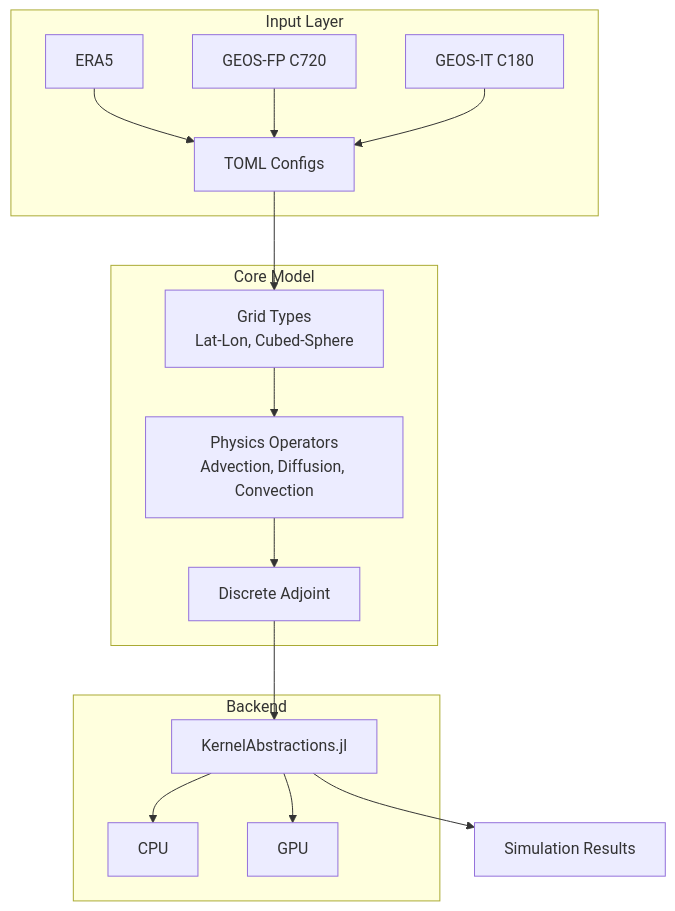
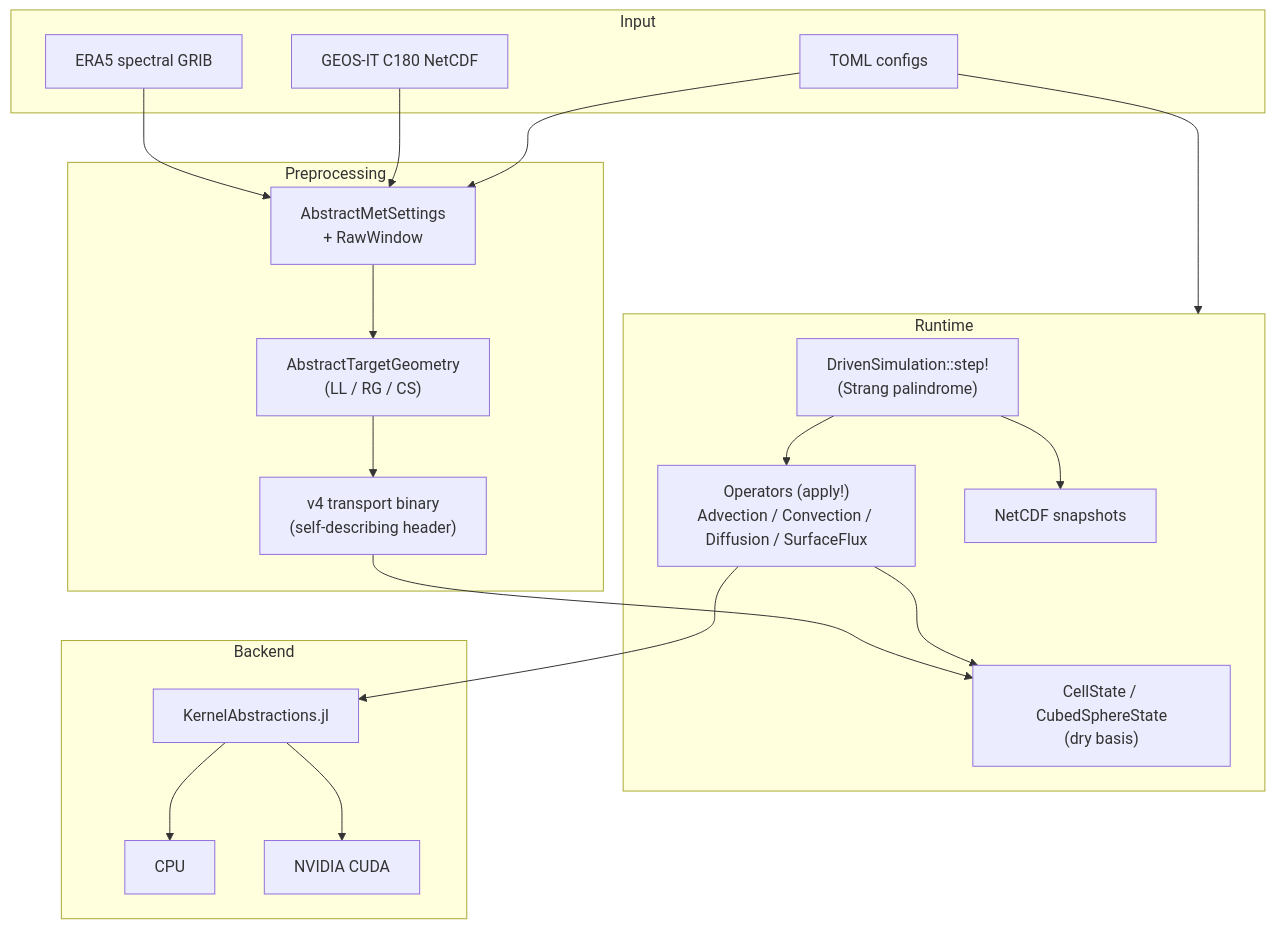
The diagram in README.md (RemoteSensingTools/AtmosTransport), drawn with Mermaid before and after one commit. The commit also changed other lines of this file and 1 other file, not shown here.

````diff
--- a/README.md
+++ b/README.md
@@ -45,34 +76,37 @@
 ```mermaid
 flowchart TD
-    subgraph inputLayer["Input Layer"]
-        ERA5["ERA5"]
-        GEOSFP["GEOS-FP C720"]
-        GEOSIT["GEOS-IT C180"]
-        TOMLConfigs["TOML Configs"]
-        ERA5 --> TOMLConfigs
-        GEOSFP --> TOMLConfigs
-        GEOSIT --> TOMLConfigs
+    subgraph IN["Input"]
+        ERA5["ERA5 spectral GRIB"]
+        GEOS["GEOS-IT C180 NetCDF"]
+        TOML["TOML configs"]
     end
-    
-    subgraph coreModel["Core Model"]
-        gridTypes["Grid Types<br/>Lat-Lon, Cubed-Sphere"]
-        physicsOps["Physics Operators<br/>Advection, Diffusion, Convection"]
-        discreteAdjoint["Discrete Adjoint"]
-        TOMLConfigs --> gridTypes
-        gridTypes --> physicsOps
-        physicsOps --> discreteAdjoint
+    subgraph PRE["Preprocessing"]
+        SRC["AbstractMetSettings<br/>+ RawWindow"]
+        TGT["AbstractTargetGeometry<br/>(LL / RG / CS)"]
+        BIN["v4 transport binary<br/>(self-describing header)"]
     end
-    
-    subgraph backend["Backend"]
-        kernelAbstractions["KernelAbstractions.jl"]
+    subgraph RT["Runtime"]
+        STATE["CellState / CubedSphereState<br/>(dry basis)"]
+        OPS["Operators (apply!)<br/>Advection / Convection / Diffusion / SurfaceFlux"]
+        STEP["DrivenSimulation::step!<br/>(Strang palindrome)"]
+        SNAP["NetCDF snapshots"]
+    end
+    subgraph BACK["Backend"]
+        KA["KernelAbstractions.jl"]
         CPU["CPU"]
-        GPU["GPU"]
-        kernelAbstractions --> CPU
-        kernelAbstractions --> GPU
+        CUDA["NVIDIA CUDA"]
     end
-    
-    output["Simulation Results"]
-    
-    discreteAdjoint --> kernelAbstractions
-    kernelAbstractions --> output
+    ERA5 --> SRC
+    GEOS --> SRC
+    TOML --> SRC
+    TOML --> RT
+    SRC --> TGT
+    TGT --> BIN
+    BIN --> STATE
+    STEP --> OPS
+    OPS --> STATE
+    STEP --> SNAP
+    OPS --> KA
+    KA --> CPU
+    KA --> CUDA
 ```
````
